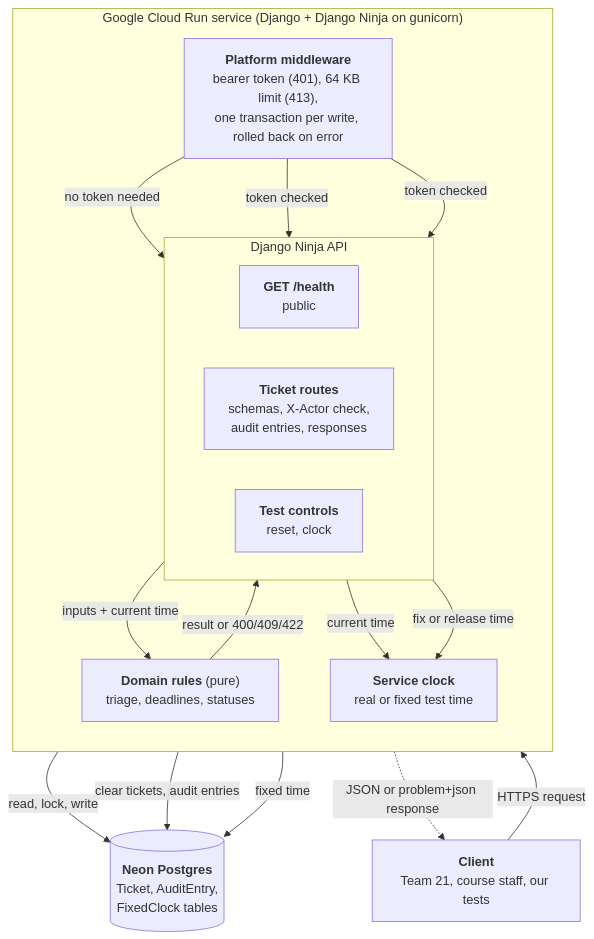
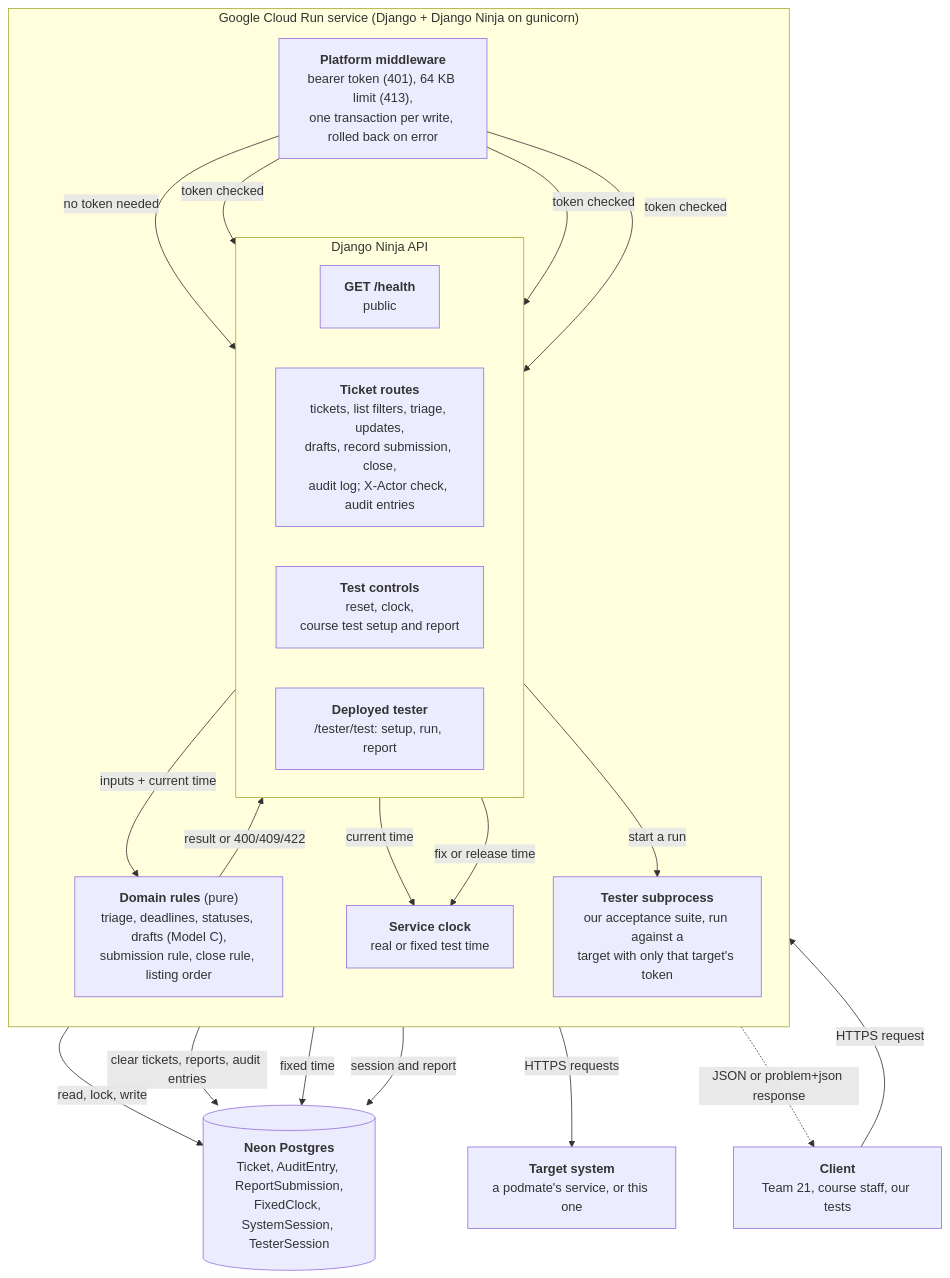
The diagram in docs/models/architecture.mmd (team17-ece30861/cra-service), drawn with Mermaid before and after one commit. The commit also changed 6 other files, not shown here.

Commit message:
Models as delivered in Phase 4 (A, B, architecture)

```diff
--- a/docs/models/architecture.mmd
+++ b/docs/models/architecture.mmd
@@ -1,27 +1,34 @@
 flowchart TB
   client["<b>Client</b><br/>Team 21, course staff, our tests"]
   subgraph run["Google Cloud Run service (Django + Django Ninja on gunicorn)"]
     direction TB
     mw["<b>Platform middleware</b><br/>bearer token (401), 64 KB limit (413),<br/>one transaction per write, rolled back on error"]
     subgraph api["Django Ninja API"]
       direction LR
       health["<b>GET /health</b><br/>public"]
-      tickets["<b>Ticket routes</b><br/>schemas, X-Actor check,<br/>audit entries, responses"]
-      controls["<b>Test controls</b><br/>reset, clock"]
+      tickets["<b>Ticket routes</b><br/>tickets, list filters, triage, updates,<br/>drafts, record submission, close,<br/>audit log; X-Actor check, audit entries"]
+      controls["<b>Test controls</b><br/>reset, clock,<br/>course test setup and report"]
+      testerapi["<b>Deployed tester</b><br/>/tester/test: setup, run, report"]
     end
-    domain["<b>Domain rules</b> (pure)<br/>triage, deadlines, statuses"]
+    domain["<b>Domain rules</b> (pure)<br/>triage, deadlines, statuses, drafts (Model C),<br/>submission rule, close rule, listing order"]
     clock["<b>Service clock</b><br/>real or fixed test time"]
+    runner["<b>Tester subprocess</b><br/>our acceptance suite, run against a<br/>target with only that target's token"]
   end
-  db[("<b>Neon Postgres</b><br/>Ticket, AuditEntry,<br/>FixedClock tables")]
+  db[("<b>Neon Postgres</b><br/>Ticket, AuditEntry, ReportSubmission,<br/>FixedClock, SystemSession, TesterSession")]
+  target["<b>Target system</b><br/>a podmate's service, or this one"]
   client -->|"HTTPS request"| mw
   mw -->|"no token needed"| health
   mw -->|"token checked"| tickets
   mw -->|"token checked"| controls
+  mw -->|"token checked"| testerapi
   tickets -->|"inputs + current time"| domain
   domain -->|"result or 400/409/422"| tickets
   tickets -->|"current time"| clock
   controls -->|"fix or release time"| clock
   tickets -->|"read, lock, write"| db
-  controls -->|"clear tickets, audit entries"| db
+  controls -->|"clear tickets, reports, audit entries"| db
   clock -->|"fixed time"| db
+  testerapi -->|"start a run"| runner
+  testerapi -->|"session and report"| db
+  runner -->|"HTTPS requests"| target
   mw -.->|"JSON or problem+json response"| client
```
